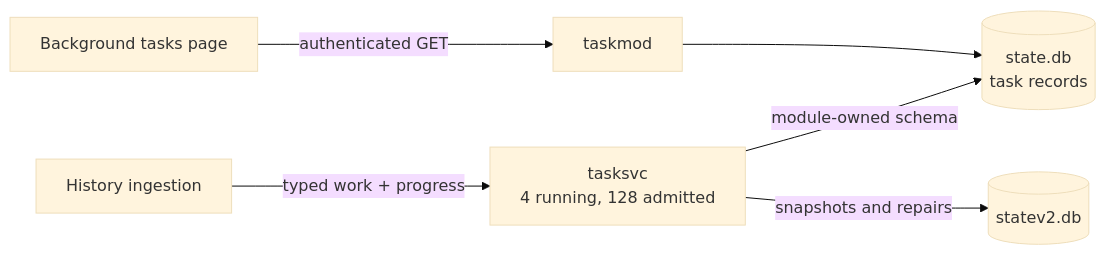
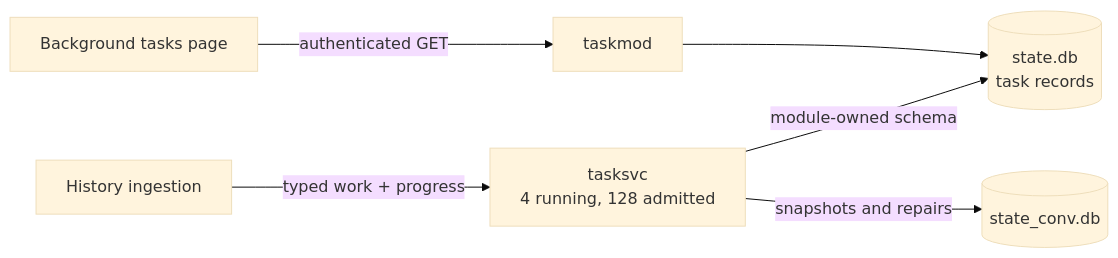
One commit to ocman/ocman changed the eighth of 13 diagrams in docs/other/architecture.md. Above: the diagram before and after it, drawn with Mermaid (base theme). The commit also changed other lines of this file and 750 other files, not shown here.

````diff
--- a/docs/other/architecture.md
+++ b/docs/other/architecture.md
@@ -557,8 +830,8 @@
 ```mermaid
 flowchart LR
     Import[History ingestion] -->|typed work + progress| Manager[tasksvc<br/>4 running, 128 admitted]
     Manager -->|module-owned schema| State[(state.db<br/>task records)]
     Browser[Background tasks page] -->|authenticated GET| API[taskmod]
     API --> State
-    Manager -->|snapshots and repairs| History[(statev2.db)]
+    Manager -->|snapshots and repairs| History[(state_conv.db)]
 ```
````
